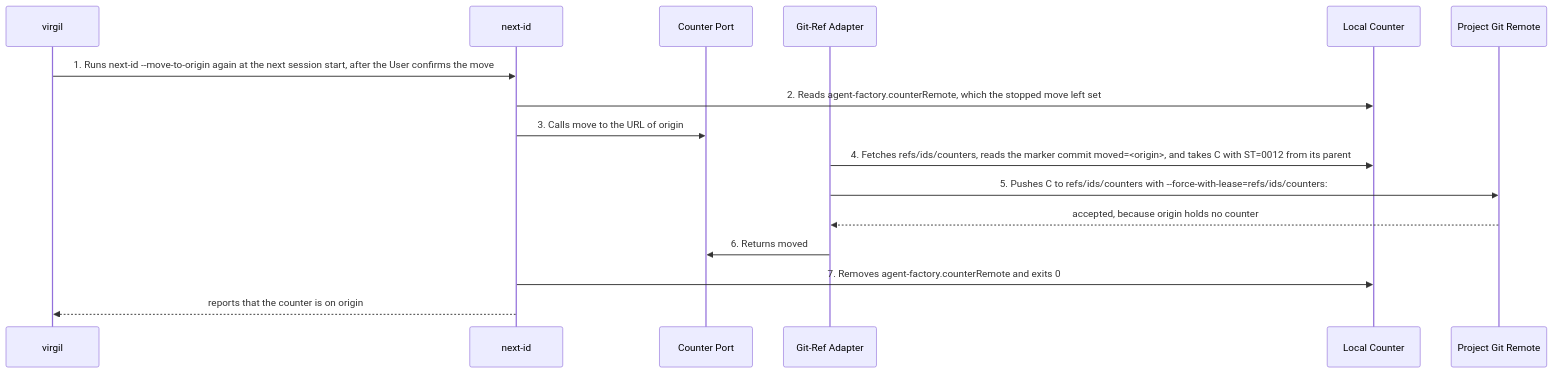
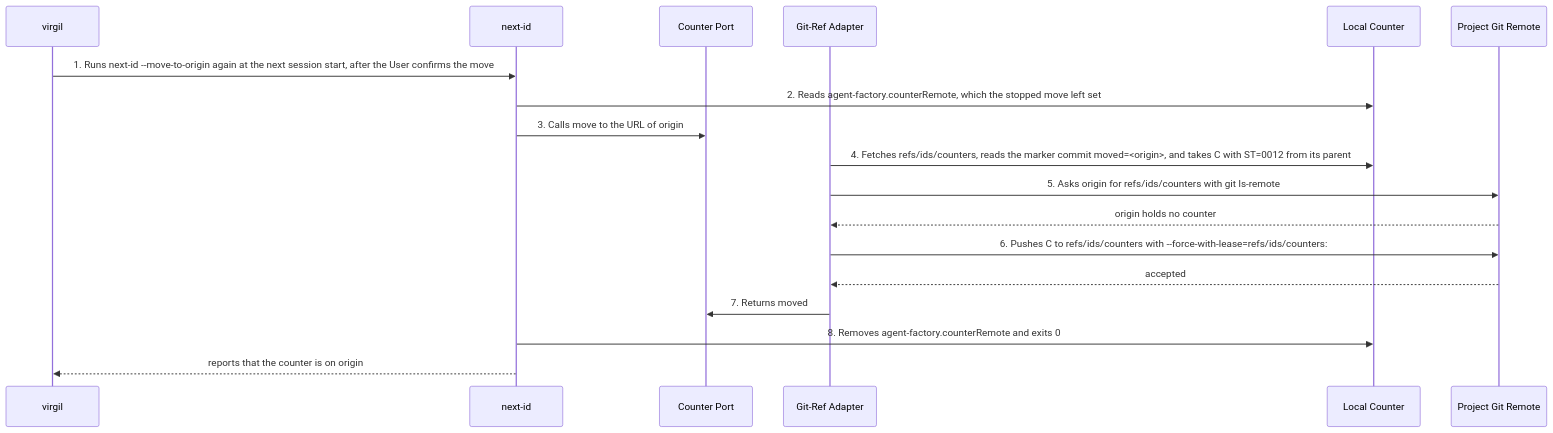
Diagram 25 of 25 in docs/arc42/06_runtime_view.md (matthiasdaues/agent_factory), drawn with Mermaid before and after one commit. The commit also changed other lines of this file and 7 other files, not shown here.

````diff
--- a/docs/arc42/06_runtime_view.md
+++ b/docs/arc42/06_runtime_view.md
@@ -936,19 +938,21 @@
 ```mermaid
 sequenceDiagram
     participant VI as virgil
     participant NI as next-id
     participant CP as Counter Port
     participant GA as Git-Ref Adapter
     participant LC as Local Counter
     participant PR as Project Git Remote
 
     VI->>NI: 1. Runs next-id --move-to-origin again at the next session start, after the User confirms the move
     NI->>LC: 2. Reads agent-factory.counterRemote, which the stopped move left set
     NI->>CP: 3. Calls move to the URL of origin
     GA->>LC: 4. Fetches refs/ids/counters, reads the marker commit moved=<origin>, and takes C with ST=0012 from its parent
-    GA->>PR: 5. Pushes C to refs/ids/counters with --force-with-lease=refs/ids/counters:
-    PR-->>GA: accepted, because origin holds no counter
-    GA->>CP: 6. Returns moved
-    NI->>LC: 7. Removes agent-factory.counterRemote and exits 0
+    GA->>PR: 5. Asks origin for refs/ids/counters with git ls-remote
+    PR-->>GA: origin holds no counter
+    GA->>PR: 6. Pushes C to refs/ids/counters with --force-with-lease=refs/ids/counters:
+    PR-->>GA: accepted
+    GA->>CP: 7. Returns moved
+    NI->>LC: 8. Removes agent-factory.counterRemote and exits 0
     NI-->>VI: reports that the counter is on origin
 ```
````
